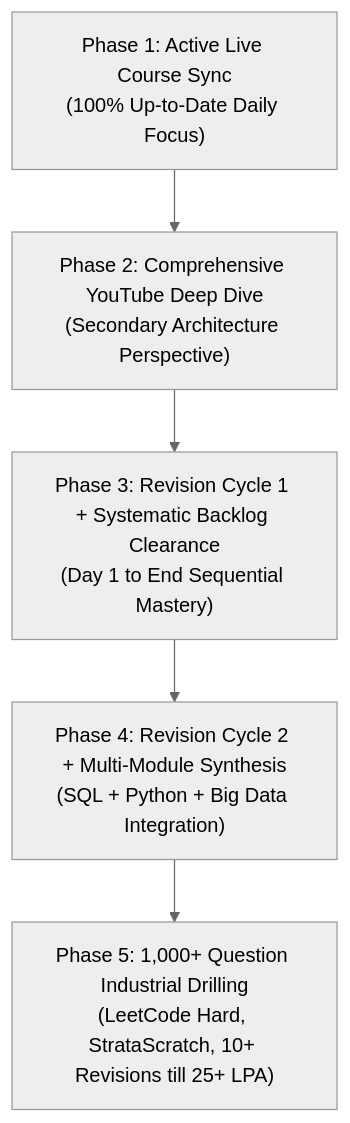
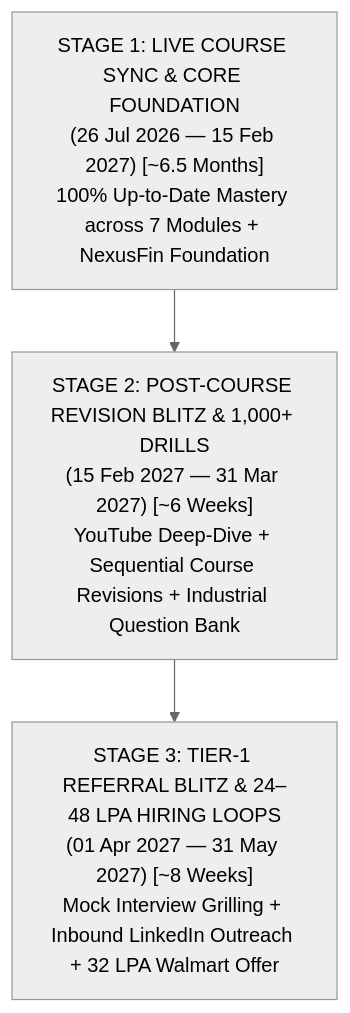
The diagram in EXTRA_MAGICAL_FILES/10_PLUS_REVISION_AND_PLACEMENT_BLUEPRINT.md (arpit-m-bangre/Data-Engineering-Master-Course), drawn with Mermaid (neutral theme) before and after one commit. The commit also changed other lines of this file, not shown here.

Commit message:
docs(blueprint): elevate 10+ Revision & Placement Blueprint with 3-stage career roadmap, 10-pass engine & ₹32 LPA Walmart target

````diff
--- a/EXTRA_MAGICAL_FILES/10_PLUS_REVISION_AND_PLACEMENT_BLUEPRINT.md
+++ b/EXTRA_MAGICAL_FILES/10_PLUS_REVISION_AND_PLACEMENT_BLUEPRINT.md
@@ -46,10 +62,8 @@
 ```mermaid
 flowchart TD
-    P1["Phase 1: Active Live Course Sync\n(100% Up-to-Date Daily Focus)"]
-    P2["Phase 2: Comprehensive YouTube Deep Dive\n(Secondary Architecture Perspective)"]
-    P3["Phase 3: Revision Cycle 1 + Systematic Backlog Clearance\n(Day 1 to End Sequential Mastery)"]
-    P4["Phase 4: Revision Cycle 2 + Multi-Module Synthesis\n(SQL + Python + Big Data Integration)"]
-    P5["Phase 5: 1,000+ Question Industrial Drilling\n(LeetCode Hard, StrataScratch, 10+ Revisions till 25+ LPA)"]
+    S1["STAGE 1: LIVE COURSE SYNC & CORE FOUNDATION\n(26 Jul 2026 — 15 Feb 2027) [~6.5 Months]\n100% Up-to-Date Mastery across 7 Modules + NexusFin Foundation"]
+    S2["STAGE 2: POST-COURSE REVISION BLITZ & 1,000+ DRILLS\n(15 Feb 2027 — 31 Mar 2027) [~6 Weeks]\nYouTube Deep-Dive + Sequential Course Revisions + Industrial Question Bank"]
+    S3["STAGE 3: TIER-1 REFERRAL BLITZ & 24–48 LPA HIRING LOOPS\n(01 Apr 2027 — 31 May 2027) [~8 Weeks]\nMock Interview Grilling + Inbound LinkedIn Outreach + 32 LPA Walmart Offer"]
 
-    P1 --> P2 --> P3 --> P4 --> P5
+    S1 --> S2 --> S3
 ```
````
